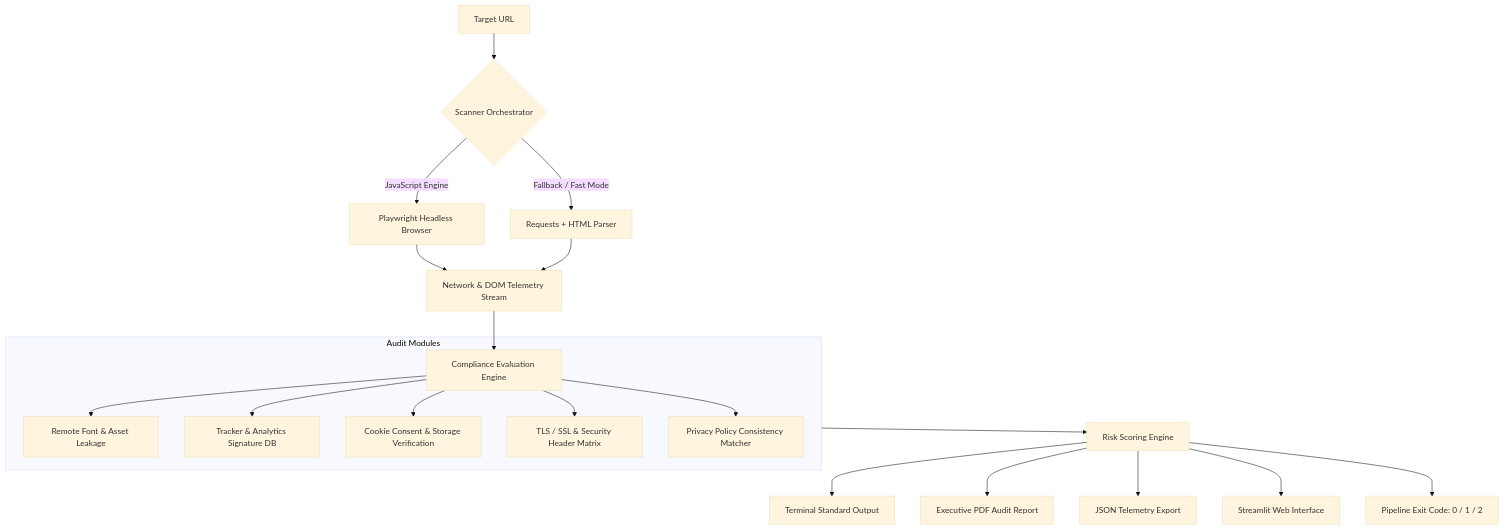
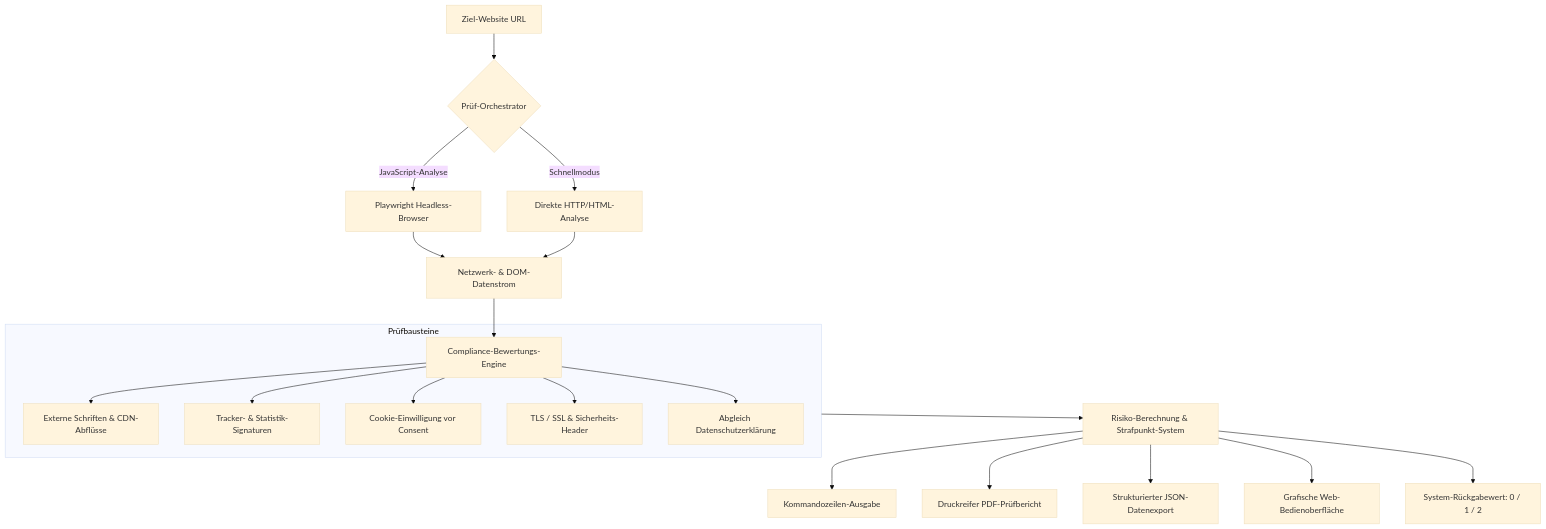
The diagram in README.md (AirFun1311/dsgvo-checker), drawn with Mermaid (base theme) before and after one commit. The commit also changed other lines of this file, not shown here.

````diff
--- a/README.md
+++ b/README.md
@@ -71,28 +65,28 @@
 ```mermaid
 flowchart TD
-    A[Target URL] --> B{Scanner Orchestrator}
+    A[Ziel-Website URL] --> B{Prüf-Orchestrator}
     
-    B -->|JavaScript Engine| C[Playwright Headless Browser]
-    B -->|Fallback / Fast Mode| D[Requests + HTML Parser]
+    B -->|JavaScript-Analyse| C[Playwright Headless-Browser]
+    B -->|Schnellmodus| D[Direkte HTTP/HTML-Analyse]
     
-    C --> E[Network & DOM Telemetry Stream]
+    C --> E[Netzwerk- & DOM-Datenstrom]
     D --> E
     
-    E --> F[Compliance Evaluation Engine]
+    E --> F[Compliance-Bewertungs-Engine]
     
-    subgraph Evaluators [Audit Modules]
-        F --> G1[Remote Font & Asset Leakage]
-        F --> G2[Tracker & Analytics Signature DB]
-        F --> G3[Cookie Consent & Storage Verification]
-        F --> G4[TLS / SSL & Security Header Matrix]
-        F --> G5[Privacy Policy Consistency Matcher]
+    subgraph Pruefmodule [Prüfbausteine]
+        F --> G1[Externe Schriften & CDN-Abflüsse]
+        F --> G2[Tracker- & Statistik-Signaturen]
+        F --> G3[Cookie-Einwilligung vor Consent]
+        F --> G4[TLS / SSL & Sicherheits-Header]
+        F --> G5[Abgleich Datenschutzerklärung]
     end
     
-    Evaluators --> H[Risk Scoring Engine]
+    Pruefmodule --> H[Risiko-Berechnung & Strafpunkt-System]
     
-    H --> I1[Terminal Standard Output]
-    H --> I2[Executive PDF Audit Report]
-    H --> I3[JSON Telemetry Export]
-    H --> I4[Streamlit Web Interface]
-    H --> I5[Pipeline Exit Code: 0 / 1 / 2]
+    H --> I1[Kommandozeilen-Ausgabe]
+    H --> I2[Druckreifer PDF-Prüfbericht]
+    H --> I3[Strukturierter JSON-Datenexport]
+    H --> I4[Grafische Web-Bedienoberfläche]
+    H --> I5[System-Rückgabewert: 0 / 1 / 2]
 ```
````
